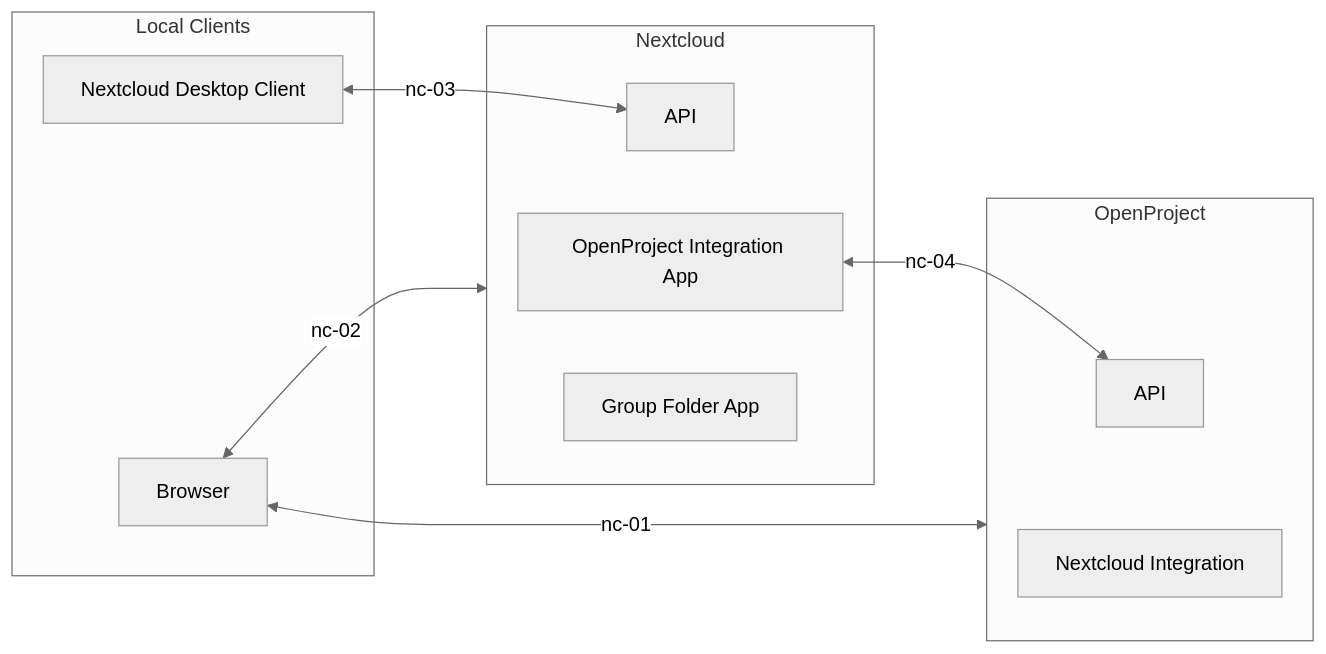
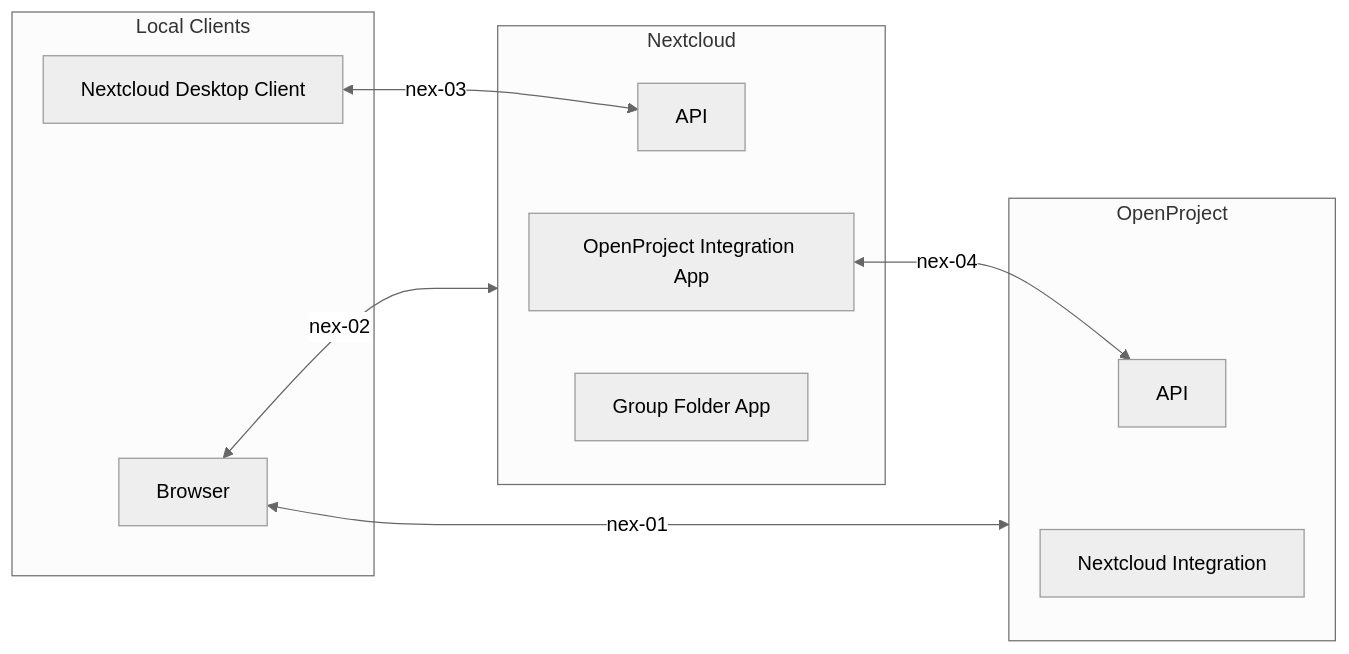
Before and after one commit to opf/openproject: the fifth of 6 diagrams in docs/development/data-flow/README.md, drawn with Mermaid. The commit also changed other lines of this file, not shown here.

````diff
--- a/docs/development/data-flow/README.md
+++ b/docs/development/data-flow/README.md
@@ -363,26 +414,26 @@
 ```mermaid
 %%{init: {'theme':'neutral'}}%%
 flowchart LR
-  Browser <--> |nc-01| openproject
-  Browser <-->|nc-02| nextcloud
-  nextclouddesktopclient[Nextcloud Desktop Client] <-->|nc-03| nextcloudapi
-  appopenprojectintegration <-->|nc-04| openprojectapi
+  Browser <--> |nex-01| openproject
+  Browser <-->|nex-02| nextcloud
+  nextclouddesktopclient[Nextcloud Desktop Client] <-->|nex-03| nextcloudapi
+  appopenprojectintegration <-->|nex-04| openprojectapi
   
   subgraph local[Local Clients]
   	Browser
   	nextclouddesktopclient
    end
 
 subgraph openproject[OpenProject]
    
   	opnextcloudintegrattion[Nextcloud Integration]
   	openprojectapi[API]
   		end
 
   subgraph nextcloud[Nextcloud]
   	groupfolder[Group Folder App]
   	appopenprojectintegration[OpenProject Integration App]
   	nextcloudapi[API]
 	end 
   
 ```
````
